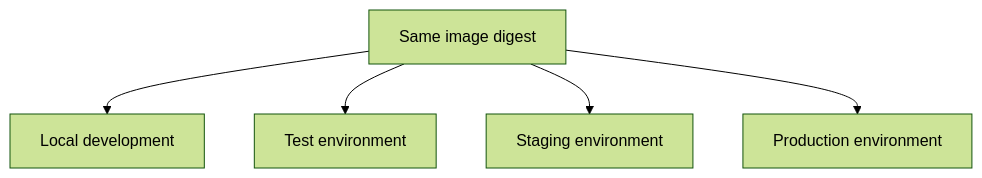
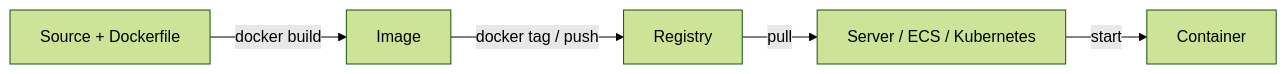
Before and after one commit to AvadhBhalodiya/Interview-Preparation: the second of 4 diagrams in src/content/devops/docker-images-builds.md, drawn with Mermaid (forest theme). The commit also changed other lines of this file and 54 other files, not shown here.

````diff
--- a/src/content/devops/docker-images-builds.md
+++ b/src/content/devops/docker-images-builds.md
@@ -65,7 +107,7 @@
 ```mermaid
-flowchart TD
-    A[Same image digest] --> B[Local development]
-    A --> C[Test environment]
-    A --> D[Staging environment]
-    A --> E[Production environment]
+flowchart LR
+    A[Source + Dockerfile] -->|docker build| B[Image]
+    B -->|docker tag / push| C[Registry]
+    C -->|pull| D[Server / ECS / Kubernetes]
+    D -->|start| E[Container]
 ```
````
